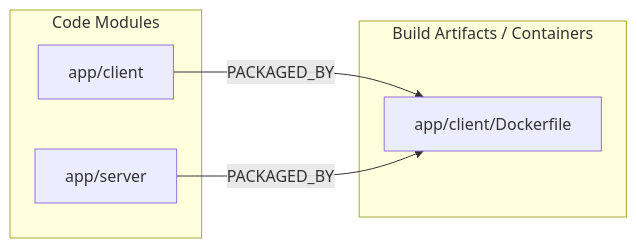
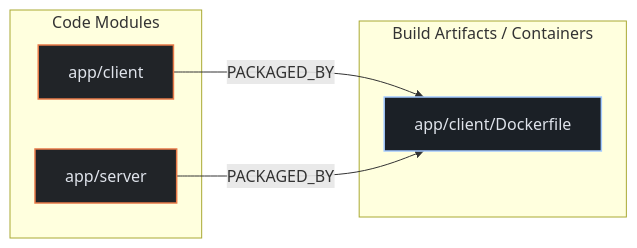
Before and after one commit to kumarshaz/atruss-code-atlas: the second of 3 diagrams in exports/latest/reports/github-samples-pets-workshop-report.md, drawn with Mermaid. The commit also changed other lines of this file and 331 other files, not shown here.

Commit message:
docs,ui,fix: update SDLC docs, reorder CI/CD DAG first, stylize Mermaid, and fix Arc42 pipeline topology

````diff
--- a/exports/latest/reports/github-samples-pets-workshop-report.md
+++ b/exports/latest/reports/github-samples-pets-workshop-report.md
@@ -126,12 +133,16 @@
 ```mermaid
 flowchart LR
+    classDef atlasCategory fill:#212428,stroke:#E87A48,stroke-width:1.5px,color:#dfe3eb
+    classDef atlasWorkflow fill:#1b2026,stroke:#a3c9ff,stroke-width:1.5px,color:#dfe3eb
+    classDef atlasJob fill:#171c22,stroke:#8d9199,stroke-width:1px,color:#dfe3eb
+    classDef atlasTarget fill:#005227,stroke:#8bd99b,stroke-width:1.5px,color:#a7f6b6
     subgraph code_modules["Code Modules"]
-        mod_app_client["app/client"]
-        mod_app_server["app/server"]
+        mod_app_client["app/client"]:::atlasCategory
+        mod_app_server["app/server"]:::atlasCategory
     end
     subgraph build_artifacts["Build Artifacts / Containers"]
-        art_app_client_Dockerfile["app/client/Dockerfile"]
+        art_app_client_Dockerfile["app/client/Dockerfile"]:::atlasWorkflow
     end
     mod_app_client -->|PACKAGED_BY| art_app_client_Dockerfile
     mod_app_server -->|PACKAGED_BY| art_app_client_Dockerfile
 ```
````
